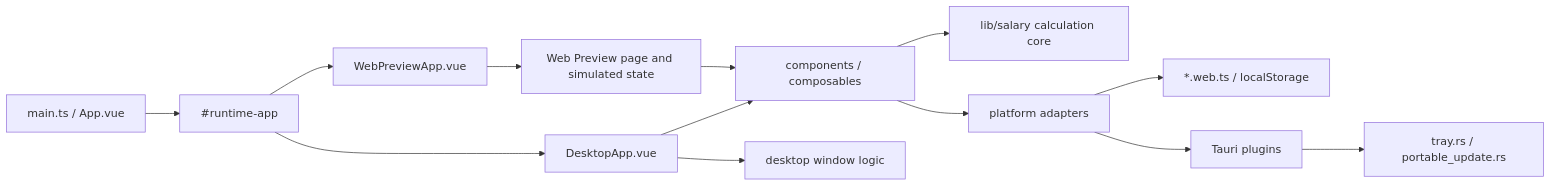
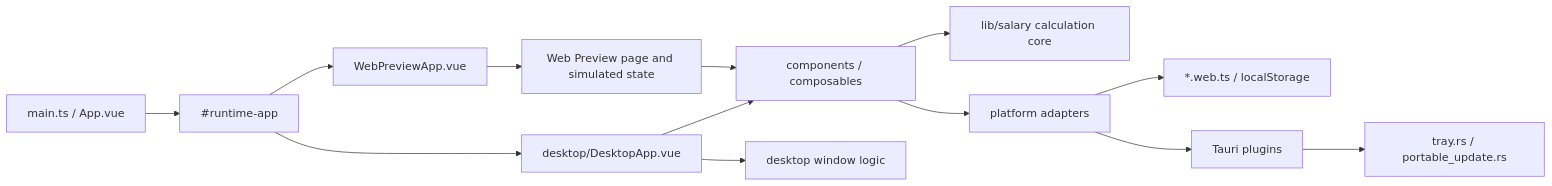
The diagram in docs/ARCHITECTURE_EN.md (nathan-Jones888/PayDanceMobile), drawn with Mermaid before and after one commit. The commit also changed other lines of this file and 225 other files, not shown here.

Commit message:
organize desktop and mobile app entries

````diff
--- a/docs/ARCHITECTURE_EN.md
+++ b/docs/ARCHITECTURE_EN.md
@@ -7,15 +7,15 @@
 ```mermaid
 flowchart LR
   Entry["main.ts / App.vue"] --> Target["#runtime-app"]
-  Target --> Desktop["DesktopApp.vue"]
+  Target --> Desktop["desktop/DesktopApp.vue"]
   Target --> Web["WebPreviewApp.vue"]
   Desktop --> Shared["components / composables"]
   Web --> Preview["Web Preview page and simulated state"]
   Preview --> Shared
   Shared --> Salary["lib/salary calculation core"]
   Shared --> Adapters["platform adapters"]
   Adapters --> Browser["*.web.ts / localStorage"]
   Adapters --> Tauri["Tauri plugins"]
   Desktop --> Window["desktop window logic"]
   Tauri --> Rust["tray.rs / portable_update.rs"]
 ```
````
